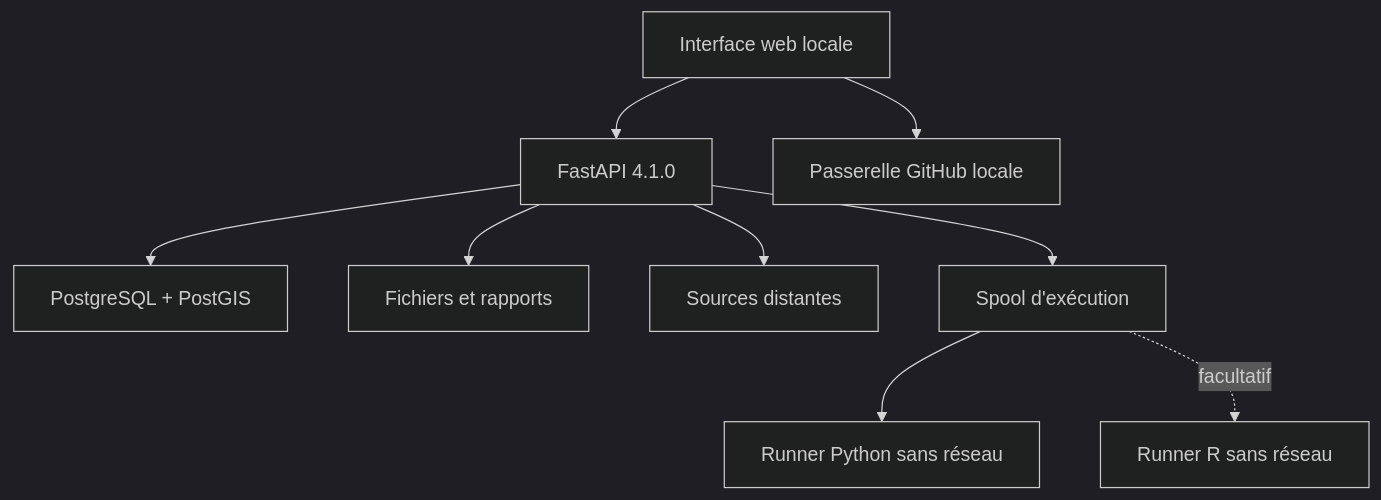
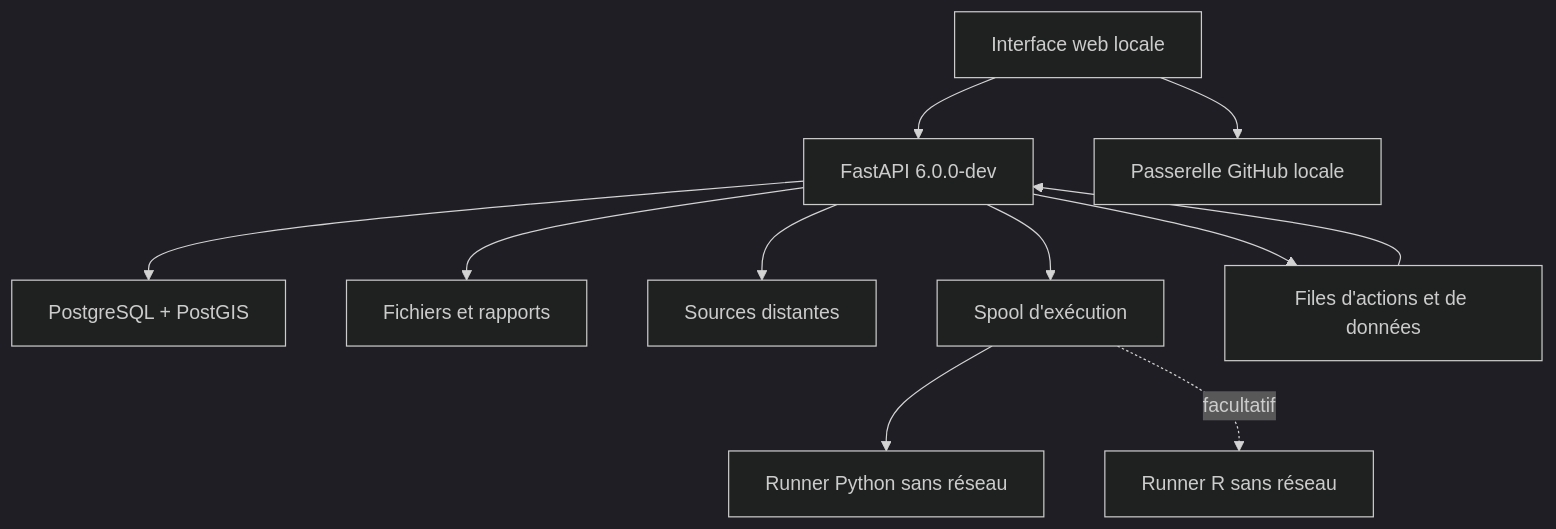
One commit to B-DAUTRIF/humanitarian-data-platform changed the diagram in docs/ARCHITECTURE.md. Above: the diagram before and after it, drawn with Mermaid (dark theme). The commit also changed other lines of this file and 10 other files, not shown here.

````diff
--- a/docs/ARCHITECTURE.md
+++ b/docs/ARCHITECTURE.md
@@ -5,11 +5,13 @@
 ```mermaid
 flowchart TD
-    U["Interface web locale"] --> A["FastAPI 4.1.0"]
+    U["Interface web locale"] --> A["FastAPI 6.0.0-dev"]
     A --> P["PostgreSQL + PostGIS"]
     A --> F["Fichiers et rapports"]
     A --> X["Sources distantes"]
     U --> G["Passerelle GitHub locale"]
     A --> Q["Spool d'exécution"]
+    A --> W["Files d'actions et de données"]
+    W --> A
     Q --> Y["Runner Python sans réseau"]
     Q -. facultatif .-> R["Runner R sans réseau"]
 ```
````
